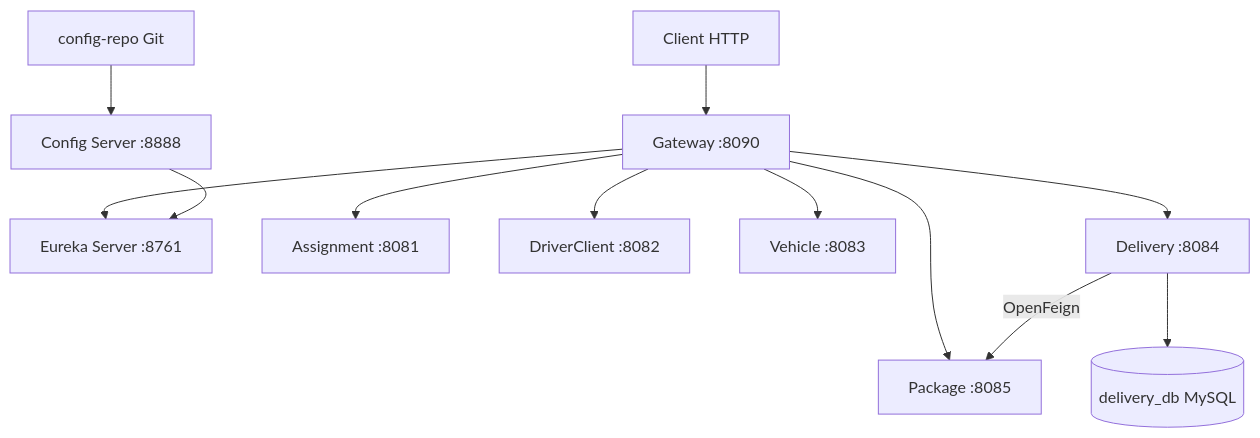
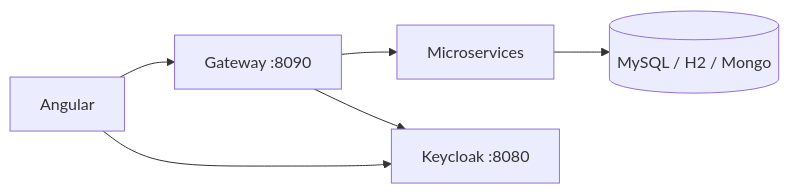
The diagram in README.md (AzizHadrouk1/DeliverX), drawn with Mermaid before and after one commit. The commit also changed other lines of this file and 32 other files, not shown here.

````diff
--- a/README.md
+++ b/README.md
@@ -21,16 +150,8 @@
 ```mermaid
-flowchart TB
-    Client[Client HTTP] --> Gateway[Gateway :8090]
-    Gateway --> Eureka[Eureka Server :8761]
-    ConfigServer[Config Server :8888] --> Eureka
-    GitRepo[config-repo Git] --> ConfigServer
-
-    Gateway --> Assignment[Assignment :8081]
-    Gateway --> DriverClient[DriverClient :8082]
-    Gateway --> Vehicle[Vehicle :8083]
-    Gateway --> Delivery[Delivery :8084]
-    Gateway --> Package[Package :8085]
-
-    Delivery -->|"OpenFeign"| Package
-    Delivery --> DeliveryDB[(delivery_db MySQL)]
+flowchart LR
+  UI[Angular] --> GW[Gateway :8090]
+  GW --> Services[Microservices]
+  Services --> DB[(MySQL / H2 / Mongo)]
+  UI --> KC[Keycloak :8080]
+  GW --> KC
 ```
````
